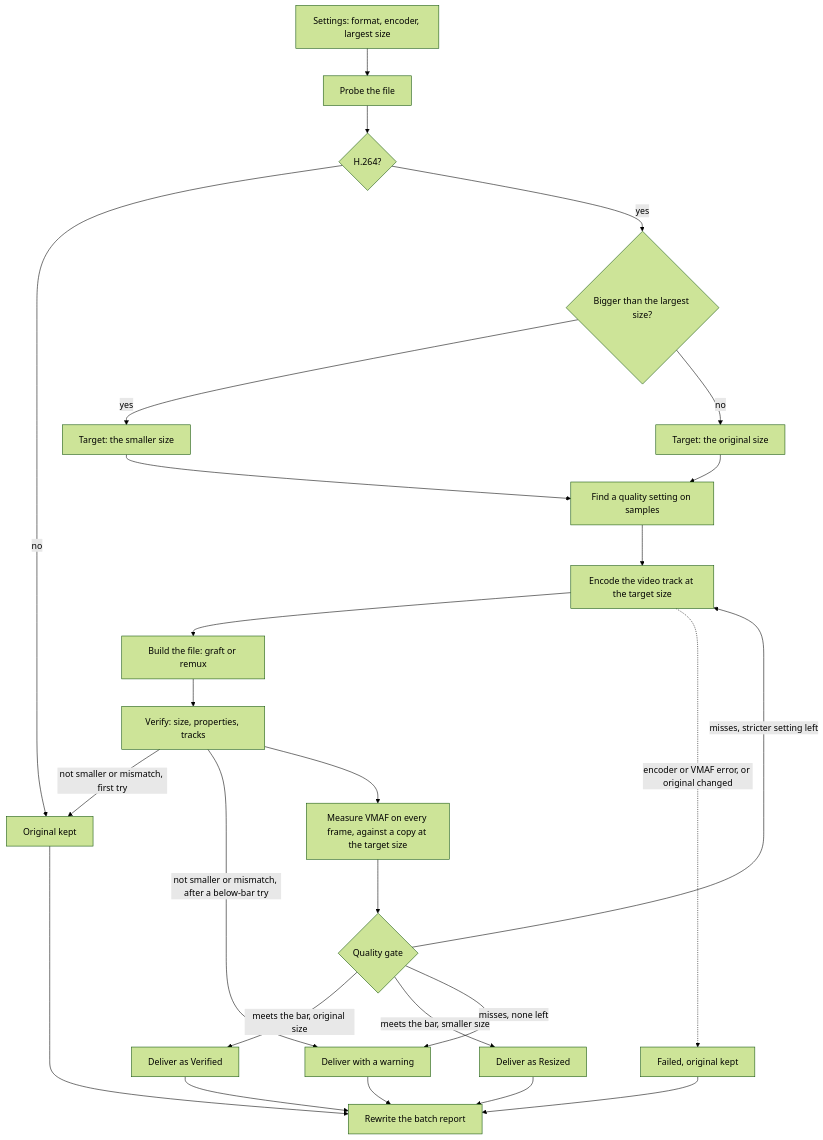
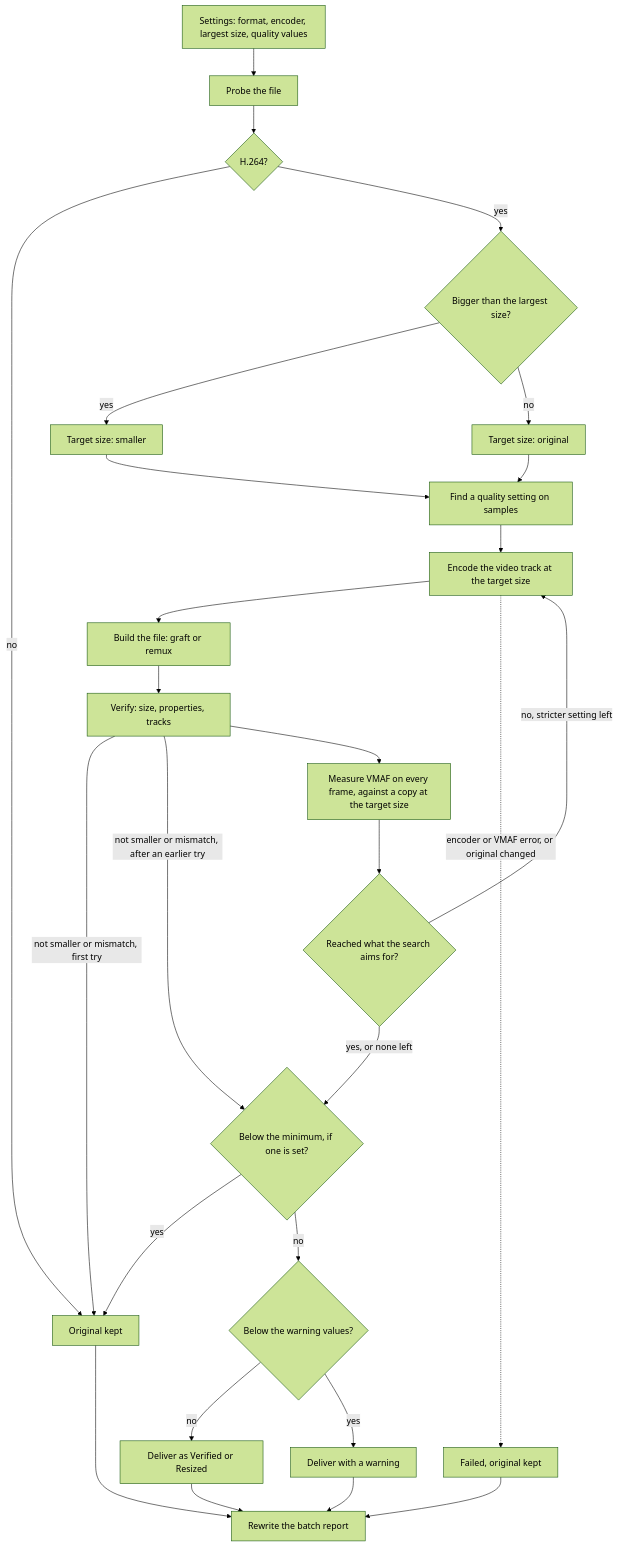
One commit to BartVG/ClipShrink changed the diagram in docs/internals/index.md. Above: the diagram before and after it, drawn with Mermaid (forest theme). The commit also changed other lines of this file and 66 other files, not shown here.

First line of the commit message:
ClipShrink 1.6: advanced quality values, Start Over, simpler sidebar, icon

````diff
--- a/docs/internals/index.md
+++ b/docs/internals/index.md
@@ -25,28 +25,29 @@
 ```mermaid
 flowchart TD
-    S["Settings: format, encoder, largest size"] --> A["Probe the file"]
+    S["Settings: format, encoder, largest size, quality values"] --> A["Probe the file"]
     A --> B{"H.264?"}
     B -- no --> K["Original kept"]
     B -- yes --> T{"Bigger than the largest size?"}
-    T -- yes --> U["Target: the smaller size"]
-    T -- no --> V["Target: the original size"]
+    T -- yes --> U["Target size: smaller"]
+    T -- no --> V["Target size: original"]
     U --> C["Find a quality setting on samples"]
     V --> C
     C --> D["Encode the video track at the target size"]
     D --> E["Build the file: graft or remux"]
     E --> F["Verify: size, properties, tracks"]
     F -- "not smaller or mismatch, first try" --> K
-    F -- "not smaller or mismatch, after a below-bar try" --> J
+    F -- "not smaller or mismatch, after an earlier try" --> M
     F --> G["Measure VMAF on every frame, against a copy at the target size"]
-    G --> H{"Quality gate"}
-    H -- "meets the bar, original size" --> I["Deliver as Verified"]
-    H -- "meets the bar, smaller size" --> R["Deliver as Resized"]
-    H -- "misses, stricter setting left" --> D
-    H -- "misses, none left" --> J["Deliver with a warning"]
+    G --> H{"Reached what the search aims for?"}
+    H -- "no, stricter setting left" --> D
+    H -- "yes, or none left" --> M{"Below the minimum, if one is set?"}
+    M -- yes --> K
+    M -- no --> W{"Below the warning values?"}
+    W -- no --> I["Deliver as Verified or Resized"]
+    W -- yes --> J["Deliver with a warning"]
     D -. "encoder or VMAF error, or original changed" .-> X["Failed, original kept"]
     I --> L["Rewrite the batch report"]
-    R --> L
     J --> L
     K --> L
     X --> L
 ```
````
